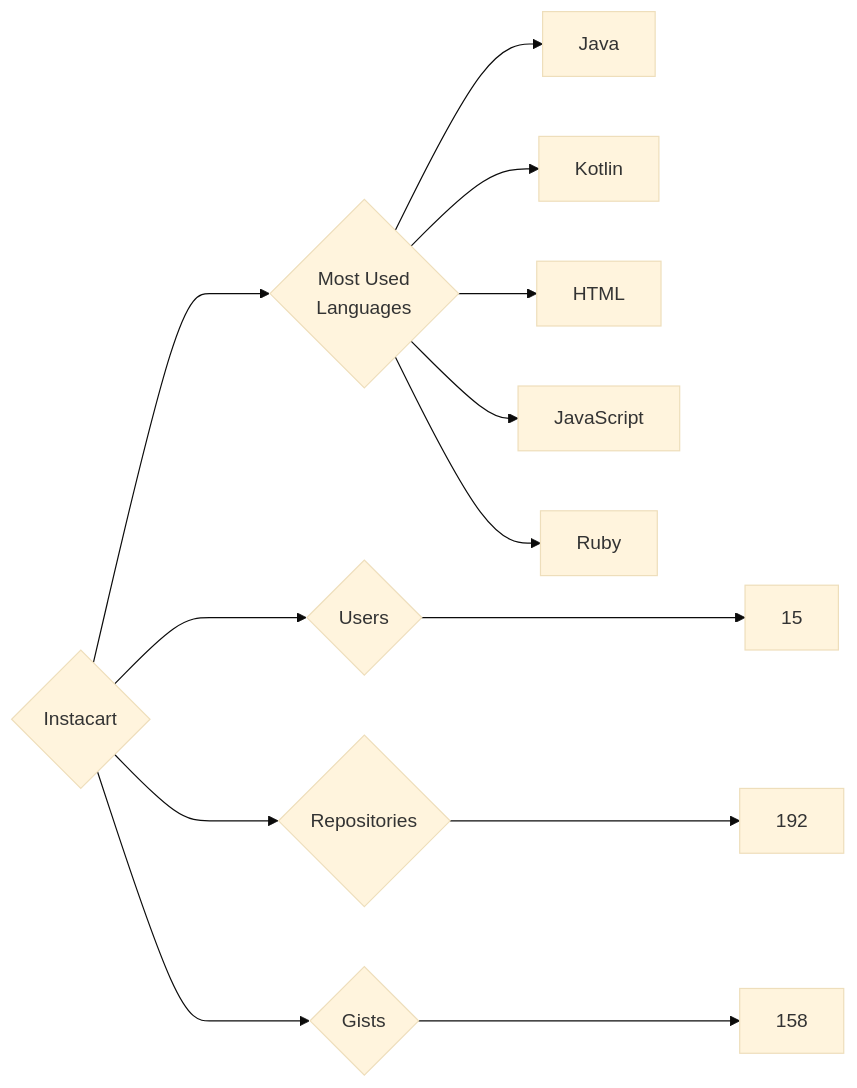
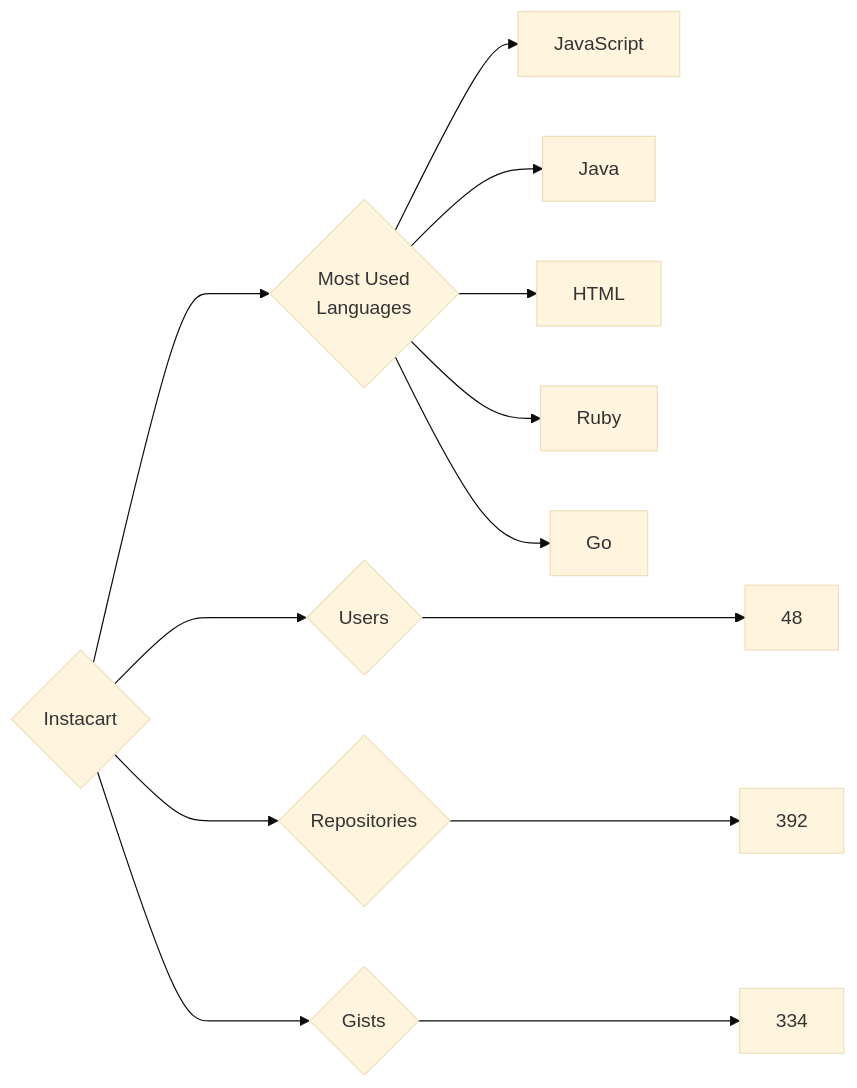
Before and after one commit to trickest/insiders: the diagram in targets/Instacart/README.md, drawn with Mermaid (base theme). The commit also changed 984 other files, not shown here.

````diff
--- a/targets/Instacart/README.md
+++ b/targets/Instacart/README.md
@@ -3,13 +3,13 @@
 ```mermaid
 graph LR
 COMPANY_NAME{Instacart}
-COMPANY_NAME ---> U{Users} ---> UN[15]
-COMPANY_NAME ---> R{Repositories} ---> RN[192]
-COMPANY_NAME ---> G{Gists} ---> GN[158]
+COMPANY_NAME ---> U{Users} ---> UN[48]
+COMPANY_NAME ---> R{Repositories} ---> RN[392]
+COMPANY_NAME ---> G{Gists} ---> GN[334]
 COMPANY_NAME ---> ML{Most Used<br>Languages}
+ML --> JavaScript[JavaScript]
 ML --> Java[Java]
-ML --> Kotlin[Kotlin]
 ML --> HTML[HTML]
-ML --> JavaScript[JavaScript]
 ML --> Ruby[Ruby]
+ML --> Go[Go]
 ```
````
